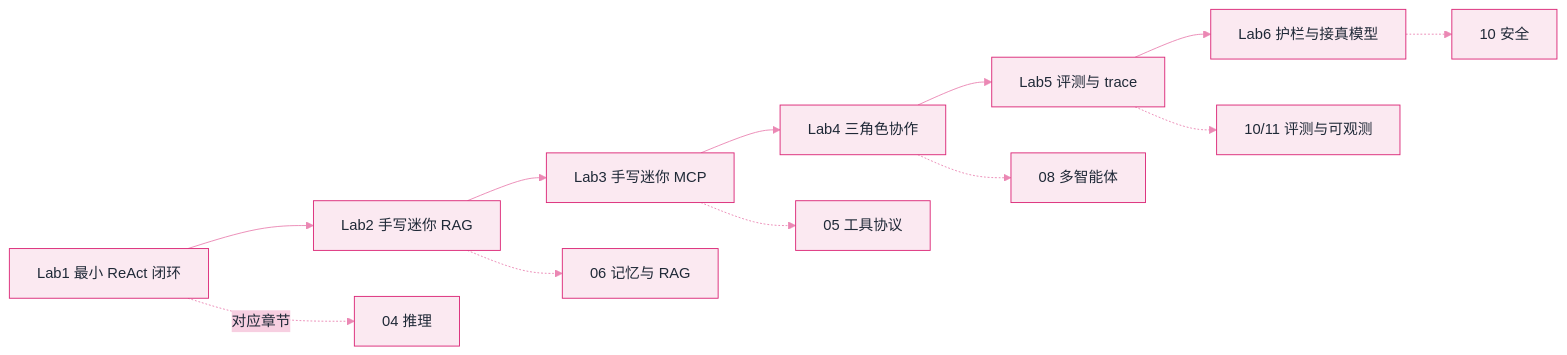
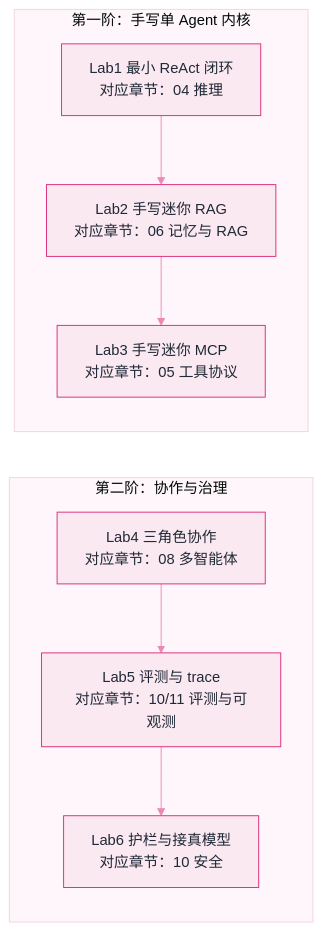
Before and after one commit to funny8kids/ai-agent-handbook: the diagram in docs/19-labs/README.md, drawn with Mermaid. The commit also changed other lines of this file and 45 other files, not shown here.

First line of the commit message:
Thicken 12 thin pages, clear 25 over-width diagrams, re-proportion 10 thin-ribbon diagrams

````diff
--- a/docs/19-labs/README.md
+++ b/docs/19-labs/README.md
@@ -22,15 +22,12 @@
 ```mermaid
 %%{init: {"theme":"base","themeVariables":{"primaryColor":"#FBE9F1","primaryBorderColor":"#DB2777","primaryTextColor":"#1F2937","secondaryColor":"#F7CFE1","tertiaryColor":"#FEF6FA","lineColor":"#EB88B4","actorBkg":"#FDF0F5","actorBorder":"#DB2777","actorTextColor":"#1F2937","signalColor":"#E5619C","noteBkgColor":"#F9DCE9","noteBorderColor":"#DB2777","noteTextColor":"#1F2937","labelBoxBkgColor":"#FBE9F1","labelBoxBorderColor":"#DB2777"}}}%%
 flowchart LR
-    L1[Lab1 最小 ReAct 闭环] --> L2[Lab2 手写迷你 RAG]
-    L2 --> L3[Lab3 手写迷你 MCP]
-    L3 --> L4[Lab4 三角色协作]
-    L4 --> L5[Lab5 评测与 trace]
-    L5 --> L6[Lab6 护栏与接真模型]
-    L1 -.对应章节.-> C1[04 推理]
-    L2 -.-> C2[06 记忆与 RAG]
-    L3 -.-> C3[05 工具协议]
-    L4 -.-> C4[08 多智能体]
-    L5 -.-> C5[10/11 评测与可观测]
-    L6 -.-> C6[10 安全]
+  subgraph S2["第二阶：协作与治理"]
+    L4["Lab4 三角色协作<br/>对应章节：08 多智能体"] --> L5["Lab5 评测与 trace<br/>对应章节：10/11 评测与可观测"]
+    L5 --> L6["Lab6 护栏与接真模型<br/>对应章节：10 安全"]
+  end
+  subgraph S1["第一阶：手写单 Agent 内核"]
+    L1["Lab1 最小 ReAct 闭环<br/>对应章节：04 推理"] --> L2["Lab2 手写迷你 RAG<br/>对应章节：06 记忆与 RAG"]
+    L2 --> L3["Lab3 手写迷你 MCP<br/>对应章节：05 工具协议"]
+  end
 ```
````
